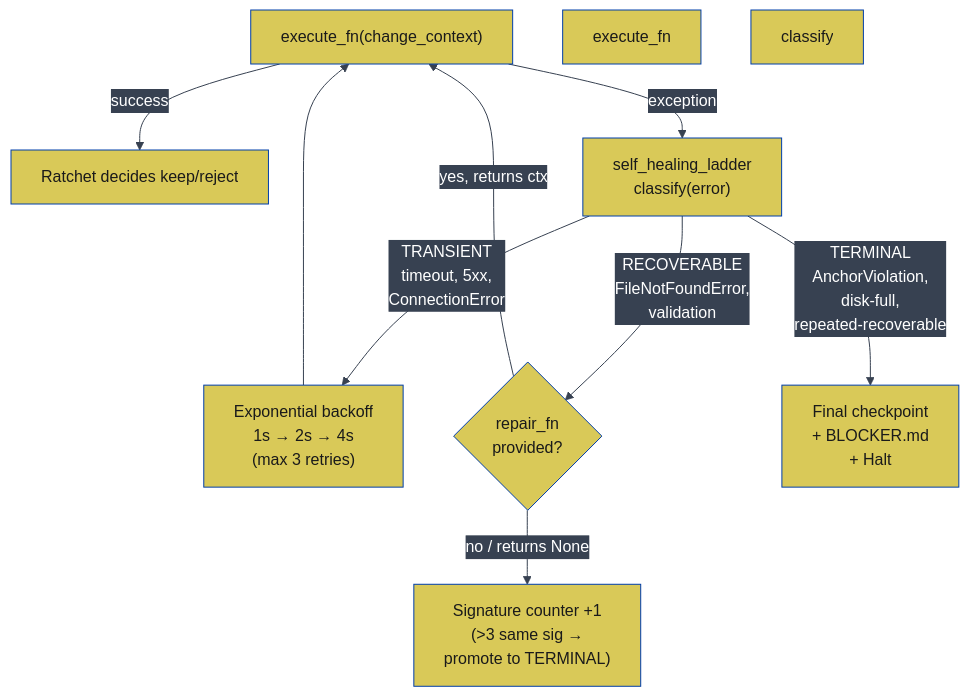
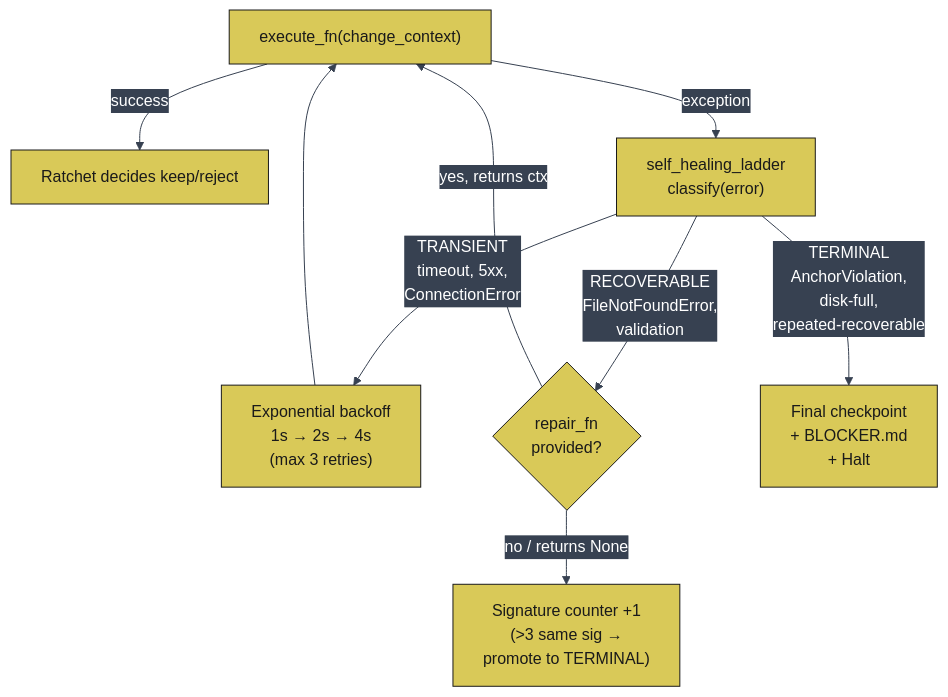
Diagram 13 of 27 in README.md (JosephOIbrahim/Comfy-Cozy), drawn with Mermaid before and after one commit. The commit also changed other lines of this file, not shown here.

First line of the commit message:
[DOCS] Convert mermaid styling to classDef for reliable GitHub rendering

````diff
--- a/README.md
+++ b/README.md
@@ -728,21 +685,16 @@
 ```mermaid
 %%{init: {'theme':'base','themeVariables': {'primaryColor':'#0066FF','primaryTextColor':'#ffffff','primaryBorderColor':'#003eaa','lineColor':'#374151','secondaryColor':'#374151','tertiaryColor':'#1f2937','fontFamily':'monospace'}}}%%
 flowchart TD
     Try["execute_fn(change_context)"] -->|success| Ratchet[Ratchet decides keep/reject]
     Try -->|exception| Class["self_healing_ladder<br/>classify(error)"]
     Class -->|"TRANSIENT<br/>timeout, 5xx,<br/>ConnectionError"| Backoff["Exponential backoff<br/>1s → 2s → 4s<br/>(max 3 retries)"]
     Backoff --> Try
     Class -->|"RECOVERABLE<br/>FileNotFoundError,<br/>validation"| Repair{repair_fn<br/>provided?}
     Repair -->|yes, returns ctx| Try
     Repair -->|no / returns None| Counter["Signature counter +1<br/>(>3 same sig →<br/>promote to TERMINAL)"]
     Class -->|"TERMINAL<br/>AnchorViolation,<br/>disk-full,<br/>repeated-recoverable"| Halt["Final checkpoint<br/>+ BLOCKER.md<br/>+ Halt"]
-    style Try fill:#d9c958,color:#1a1a1a
-    style execute_fn fill:#d9c958,color:#1a1a1a
-    style Ratchet fill:#d9c958,color:#1a1a1a
-    style Class fill:#d9c958,color:#1a1a1a
-    style classify fill:#d9c958,color:#1a1a1a
-    style Backoff fill:#d9c958,color:#1a1a1a
-    style Repair fill:#d9c958,color:#1a1a1a
-    style Counter fill:#d9c958,color:#1a1a1a
-    style Halt fill:#d9c958,color:#1a1a1a
+
+    classDef orange fill:#d99458,color:#1a1a1a,stroke:#1a1a1a
+    classDef yellow fill:#d9c958,color:#1a1a1a,stroke:#1a1a1a
+    class Try,execute_fn,Ratchet,Class,classify,Backoff,Repair,Counter,Halt yellow
 ```
````
